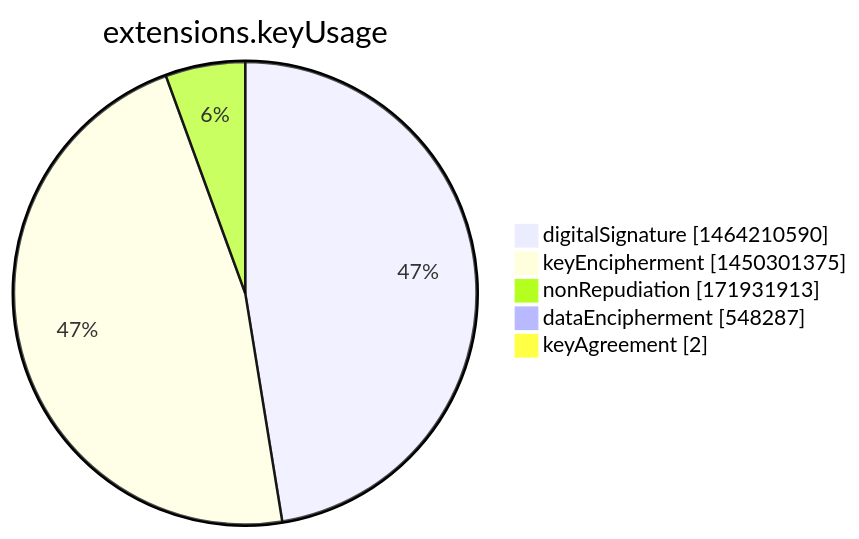
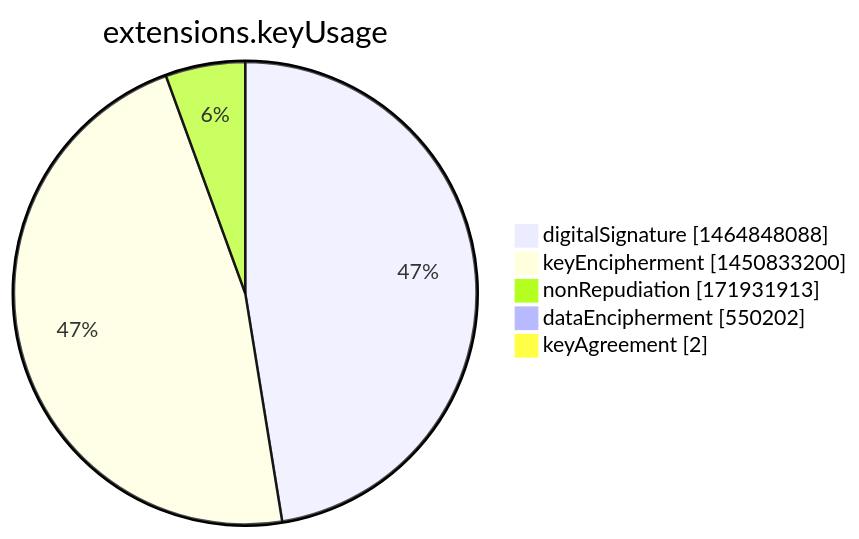
One commit to christiankrug/ctmonitor_visualization changed the seventh of 15 diagrams in argon2022/README.md. Above: the diagram before and after it, drawn with Mermaid. The commit also changed other lines of this file, not shown here.

````diff
--- a/argon2022/README.md
+++ b/argon2022/README.md
@@ -2751,9 +2751,9 @@
 ```mermaid
 pie showData
 title extensions.keyUsage
-"digitalSignature" :1464210590
-"keyEncipherment" :1450301375
+"digitalSignature" :1464848088
+"keyEncipherment" :1450833200
 "nonRepudiation" :171931913
-"dataEncipherment" :548287
+"dataEncipherment" :550202
 "keyAgreement" :2
 ```
````
